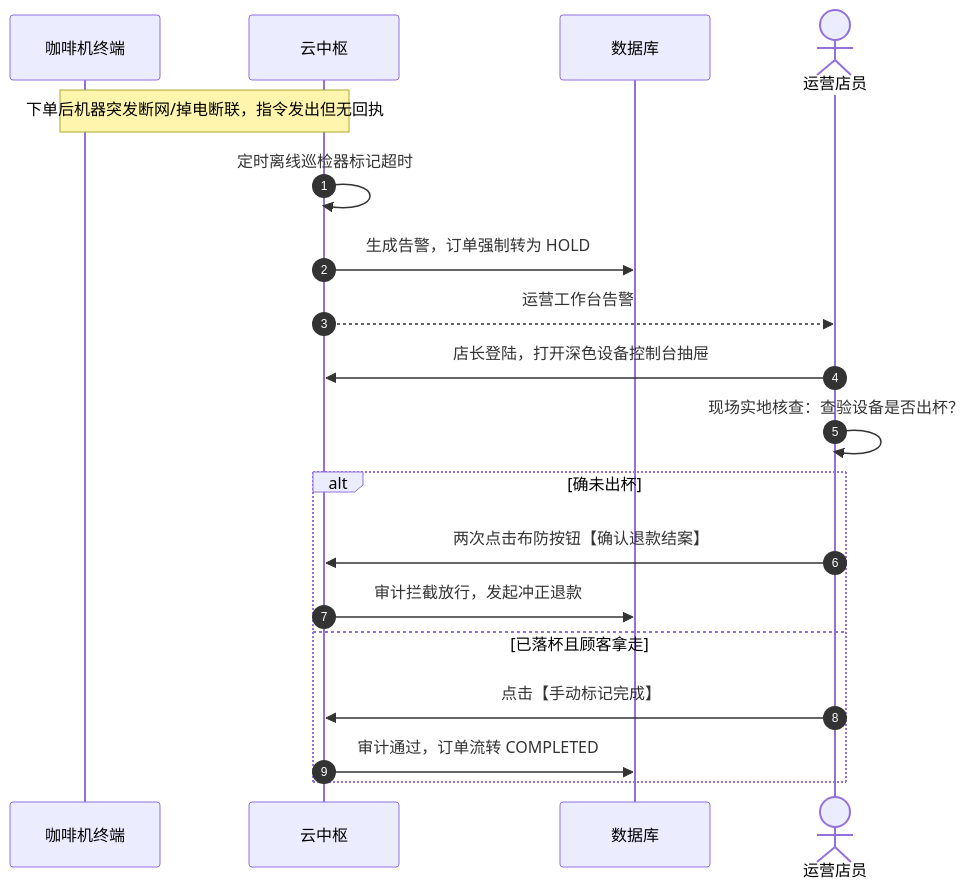
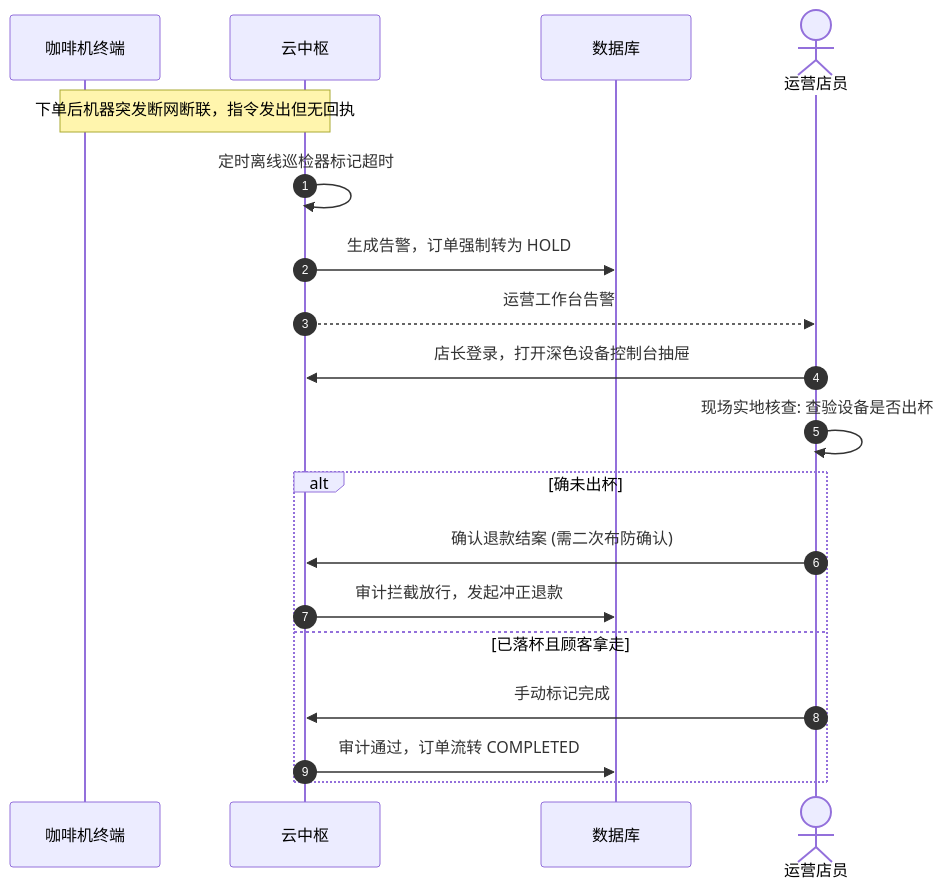
The third of 3 diagrams in README.zh-CN.md (woodbridgehi/coffee-cloud-mvp), drawn with Mermaid before and after one commit. The commit also changed other lines of this file and 1 other file, not shown here.

Commit message:
fix(docs): format Mermaid diagrams for strict GitHub renderer compatibility

````diff
--- a/README.zh-CN.md
+++ b/README.zh-CN.md
@@ -181,22 +181,22 @@
 ```mermaid
 sequenceDiagram
     autonumber
     participant Terminal as 咖啡机终端
     participant Cloud as 云中枢
     participant DB as 数据库
     actor Operator as 运营店员
 
-    Note over Terminal,Cloud: 下单后机器突发断网/掉电断联，指令发出但无回执
+    Note over Terminal, Cloud: 下单后机器突发断网断联，指令发出但无回执
     Cloud->>Cloud: 定时离线巡检器标记超时
     Cloud->>DB: 生成告警，订单强制转为 HOLD
     Cloud-->>Operator: 运营工作台告警
-    Operator->>Cloud: 店长登陆，打开深色设备控制台抽屉
-    Operator->>Operator: 现场实地核查：查验设备是否出杯？
+    Operator->>Cloud: 店长登录，打开深色设备控制台抽屉
+    Operator->>Operator: 现场实地核查: 查验设备是否出杯
     alt 确未出杯
-        Operator->>Cloud: 两次点击布防按钮【确认退款结案】
+        Operator->>Cloud: 确认退款结案 (需二次布防确认)
         Cloud->>DB: 审计拦截放行，发起冲正退款
     else 已落杯且顾客拿走
-        Operator->>Cloud: 点击【手动标记完成】
+        Operator->>Cloud: 手动标记完成
         Cloud->>DB: 审计通过，订单流转 COMPLETED
     end
 ```
````
